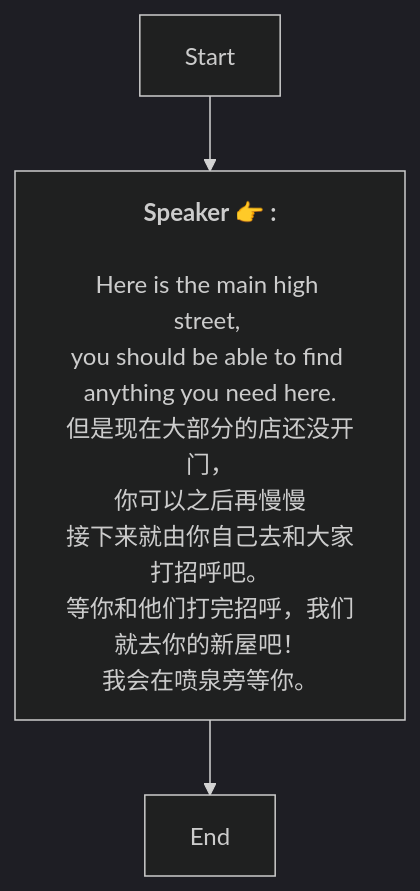
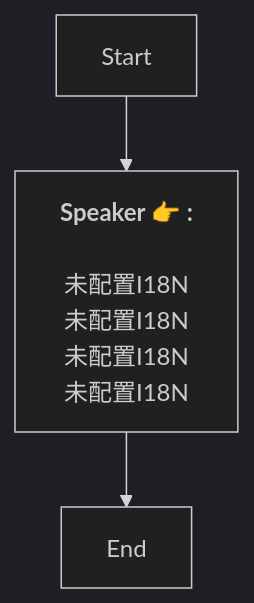
One commit to SoftHu/tos_avg changed the diagram in Zh/QuestStartTalkENode_1772261949824200.md. Above: the diagram before and after it, drawn with Mermaid (dark theme). The commit also changed 780 other files, not shown here.

````diff
--- a/Zh/QuestStartTalkENode_1772261949824200.md
+++ b/Zh/QuestStartTalkENode_1772261949824200.md
@@ -1,10 +1,7 @@
 ```mermaid
 graph
 Start -->1772261970121932[<b>Speaker 👉 :</b>
-\nHere is the main high street, 
-you should be able to find anything you need here.\n但是现在大部分的店还没开门，
-你可以之后再慢慢\n接下来就由你自己去和大家打招呼吧。\n等你和他们打完招呼，我们就去你的新屋吧！
-我会在喷泉旁等你。]
+\n未配置I18N\n未配置I18N\n未配置I18N\n未配置I18N]
 1772261970121932 -->1772261970121933[End]
 
 ```
````
